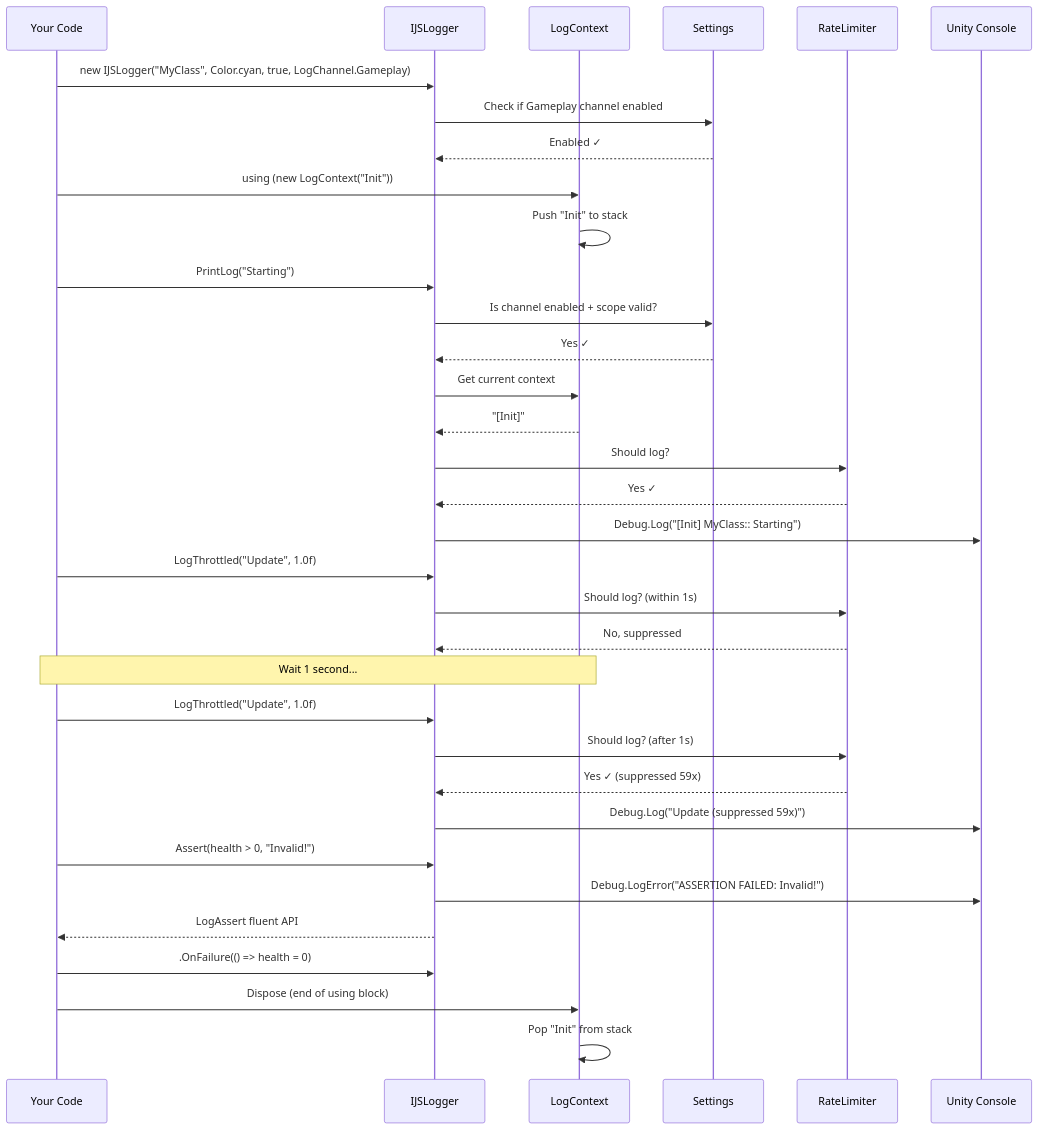
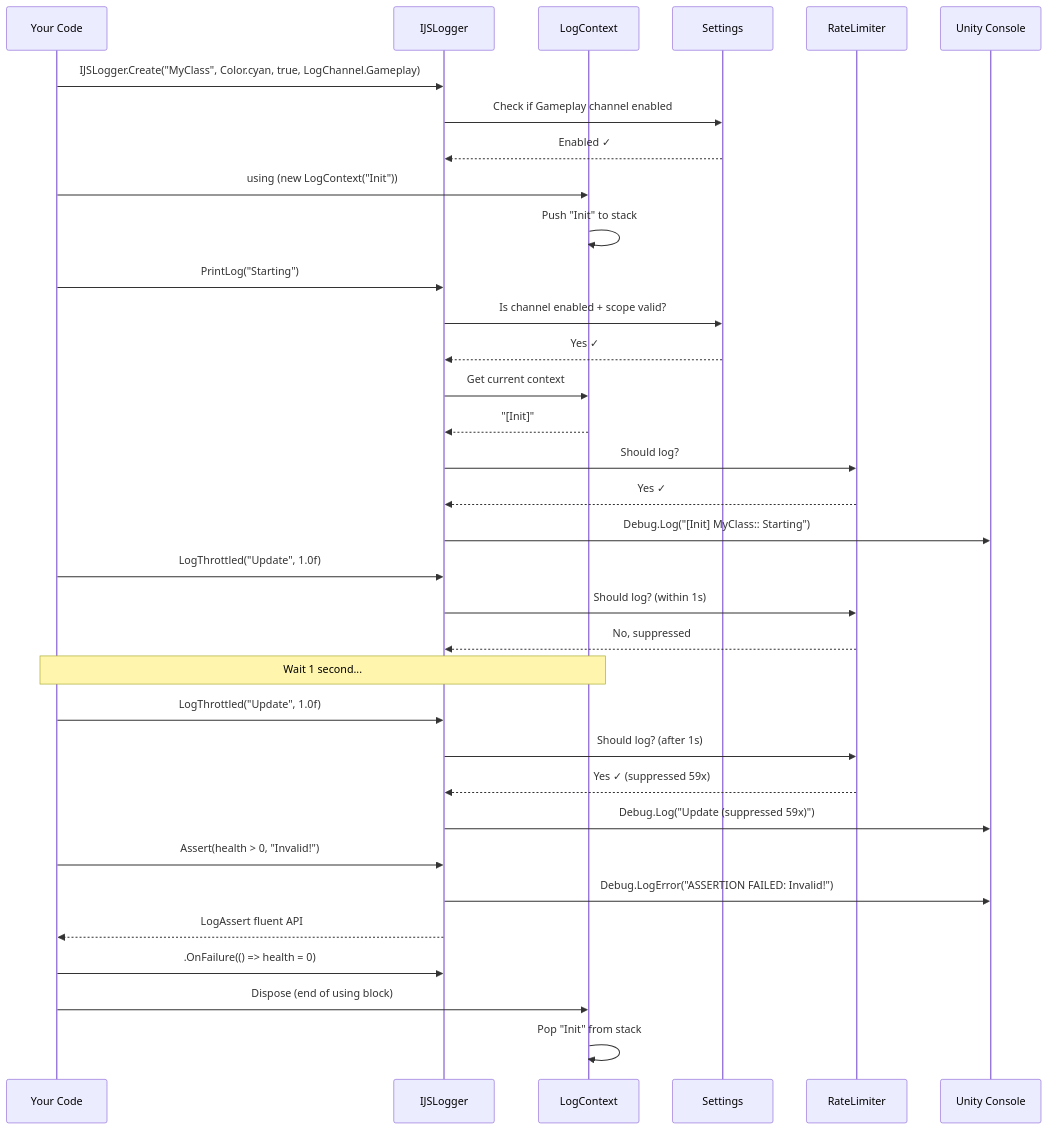
One commit to sathyarajshetigar/IJSLogger changed the fourth of 4 diagrams in Assets/_PackageRoot/README.md. Above: the diagram before and after it, drawn with Mermaid. The commit also changed other lines of this file and 4 other files, not shown here.

````diff
--- a/Assets/_PackageRoot/README.md
+++ b/Assets/_PackageRoot/README.md
@@ -188,44 +188,44 @@
 ```mermaid
 sequenceDiagram
     participant User as Your Code
     participant Logger as IJSLogger
     participant Context as LogContext
     participant Settings as Settings
     participant RateLimit as RateLimiter
     participant Unity as Unity Console
 
-    User->>Logger: new IJSLogger("MyClass", Color.cyan, true, LogChannel.Gameplay)
+    User->>Logger: IJSLogger.Create("MyClass", Color.cyan, true, LogChannel.Gameplay)
     Logger->>Settings: Check if Gameplay channel enabled
     Settings-->>Logger: Enabled ✓
 
     User->>Context: using (new LogContext("Init"))
     Context->>Context: Push "Init" to stack
 
     User->>Logger: PrintLog("Starting")
     Logger->>Settings: Is channel enabled + scope valid?
     Settings-->>Logger: Yes ✓
     Logger->>Context: Get current context
     Context-->>Logger: "[Init]"
     Logger->>RateLimit: Should log?
     RateLimit-->>Logger: Yes ✓
     Logger->>Unity: Debug.Log("[Init] MyClass:: Starting")
 
     User->>Logger: LogThrottled("Update", 1.0f)
     Logger->>RateLimit: Should log? (within 1s)
     RateLimit-->>Logger: No, suppressed
 
     Note over User,Context: Wait 1 second...
 
     User->>Logger: LogThrottled("Update", 1.0f)
     Logger->>RateLimit: Should log? (after 1s)
     RateLimit-->>Logger: Yes ✓ (suppressed 59x)
     Logger->>Unity: Debug.Log("Update (suppressed 59x)")
 
     User->>Logger: Assert(health > 0, "Invalid!")
     Logger->>Unity: Debug.LogError("ASSERTION FAILED: Invalid!")
     Logger-->>User: LogAssert fluent API
     User->>Logger: .OnFailure(() => health = 0)
 
     User->>Context: Dispose (end of using block)
     Context->>Context: Pop "Init" from stack
 ```
````
